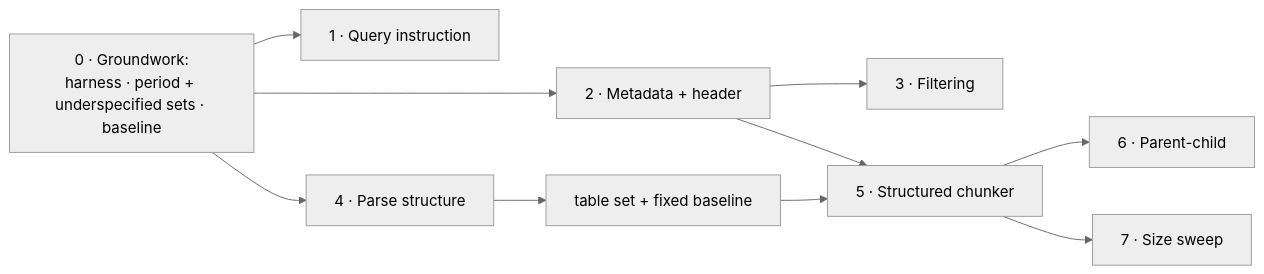
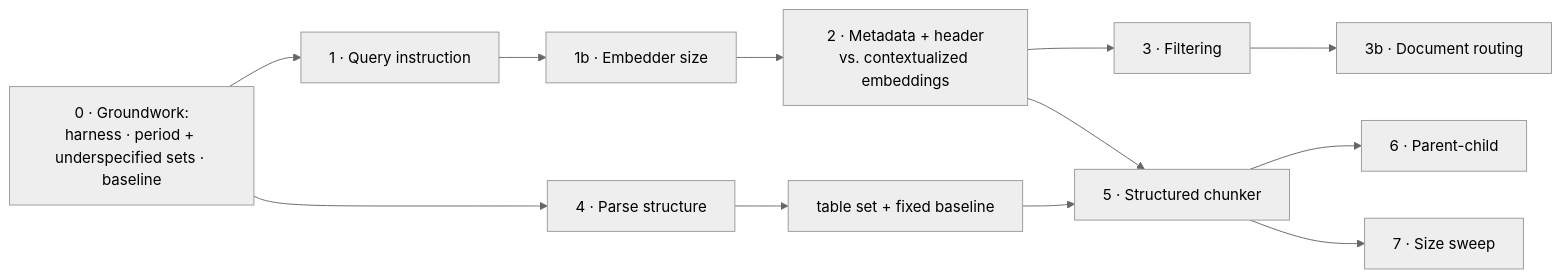
One commit to bwu1234/rag-toolkit changed the diagram in docs/chunking-indexing-plan.md. Above: the diagram before and after it, drawn with Mermaid (neutral theme). The commit also changed other lines of this file and 1 other file, not shown here.

````diff
--- a/docs/chunking-indexing-plan.md
+++ b/docs/chunking-indexing-plan.md
@@ -434,12 +618,14 @@
 ```mermaid
 graph LR
     P0[0 · Groundwork:<br/>harness · period + underspecified sets · baseline] --> P1[1 · Query instruction]
-    P0 --> P2[2 · Metadata + header]
+    P1 --> P1b[1b · Embedder size]
+    P1b --> P2[2 · Metadata + header<br/>vs. contextualized embeddings]
     P2 --> P3[3 · Filtering]
+    P3 --> P3b[3b · Document routing]
     P0 --> P4[4 · Parse structure]
     P4 --> T[table set + fixed baseline]
     T --> P5[5 · Structured chunker]
     P2 --> P5
     P5 --> P6[6 · Parent-child]
     P5 --> P7[7 · Size sweep]
 ```
````
